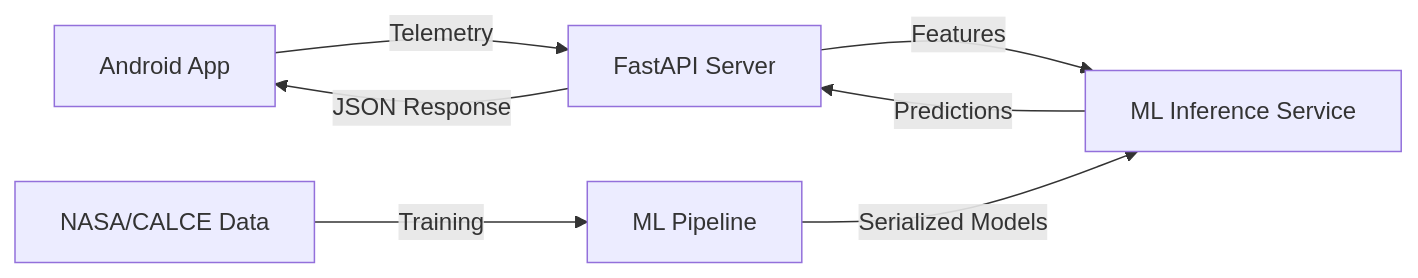
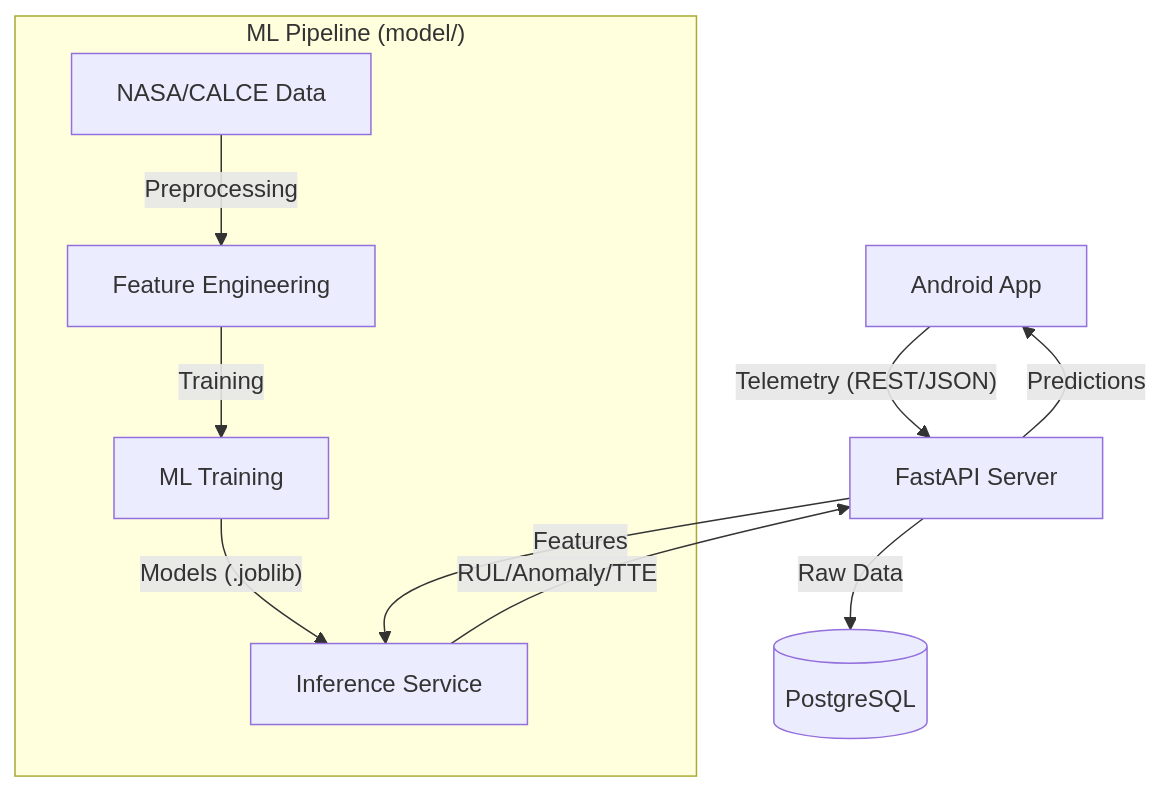
The diagram in README.md (ankonroy/Battery_Manager_Backend_and_Model), drawn with Mermaid before and after one commit. The commit also changed other lines of this file and 1 other file, not shown here.

Commit message:
anomaly message updated

````diff
--- a/README.md
+++ b/README.md
@@ -21,10 +38,15 @@
 ```mermaid
-graph LR
-    App[Android App] -- Telemetry --> API[FastAPI Server]
-    API -- Features --> Inference[ML Inference Service]
-    Inference -- Predictions --> API
-    API -- JSON Response --> App
+graph TD
+    App[Android App] -- Telemetry (REST/JSON) --> API[FastAPI Server]
+    API -- Features --> Inf[Inference Service]
+    Inf -- RUL/Anomaly/TTE --> API
+    API -- Predictions --> App
     
-    Data[NASA/CALCE Data] -- Training --> MLPipeline[ML Pipeline]
-    MLPipeline -- Serialized Models --> Inference
+    API -- Raw Data --> DB[(PostgreSQL)]
+    
+    subgraph "ML Pipeline (model/)"
+        Data[NASA/CALCE Data] -- Preprocessing --> Features[Feature Engineering]
+        Features -- Training --> Train[ML Training]
+        Train -- Models (.joblib) --> Inf
+    end
 ```
````
